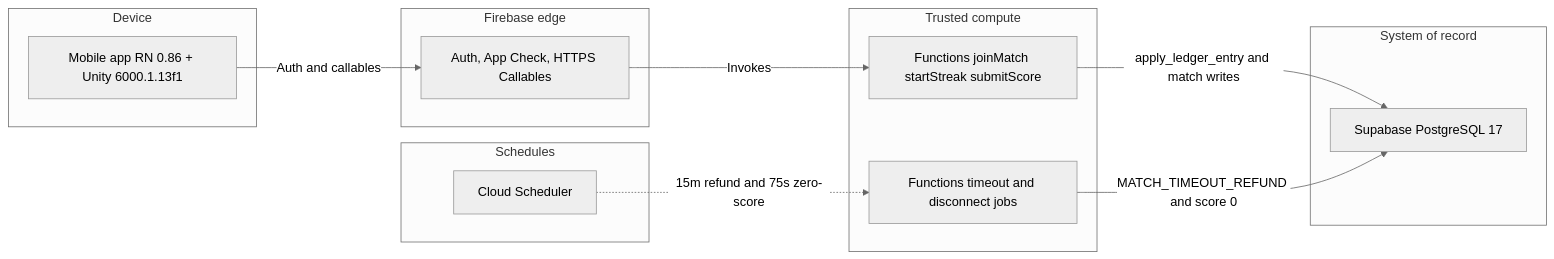
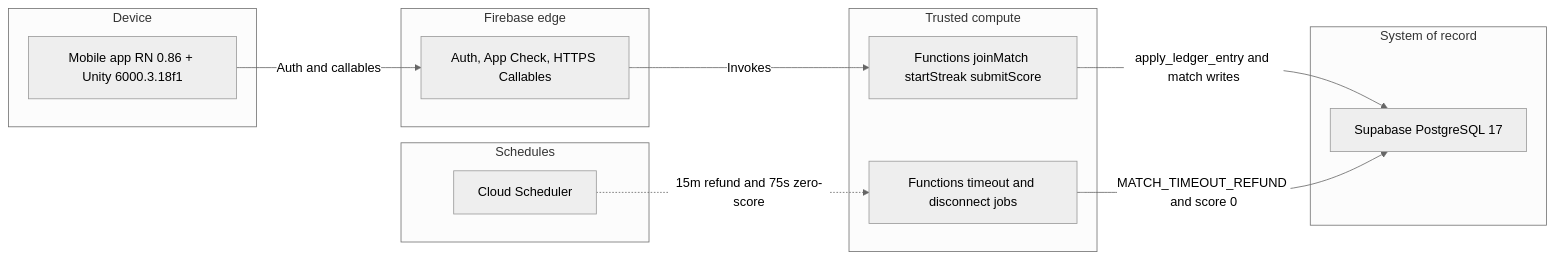
The first of 2 diagrams in docs/architecture/ARCHITECTURE.md (gamer09cod/project-x), drawn with Mermaid (neutral theme) before and after one commit. The commit also changed 21 other files, not shown here.

````diff
--- a/docs/architecture/ARCHITECTURE.md
+++ b/docs/architecture/ARCHITECTURE.md
@@ -9,25 +9,25 @@
 ```mermaid
 flowchart LR
     subgraph client ["Device"]
-        mobileApp["Mobile app RN 0.86 + Unity 6000.1.13f1"]
+        mobileApp["Mobile app RN 0.86 + Unity 6000.3.18f1"]
     end
     subgraph gateway ["Firebase edge"]
         firebaseGw["Auth, App Check, HTTPS Callables"]
     end
     subgraph service ["Trusted compute"]
         callables["Functions joinMatch startStreak submitScore"]
         crons["Functions timeout and disconnect jobs"]
     end
     subgraph datastore ["System of record"]
         postgres["Supabase PostgreSQL 17"]
     end
     subgraph async ["Schedules"]
         scheduler["Cloud Scheduler"]
     end
 
     mobileApp -->|"Auth and callables"| firebaseGw
     firebaseGw -->|"Invokes"| callables
     callables -->|"apply_ledger_entry and match writes"| postgres
     scheduler -.->|"15m refund and 75s zero-score"| crons
     crons -->|"MATCH_TIMEOUT_REFUND and score 0"| postgres
 ```
````
